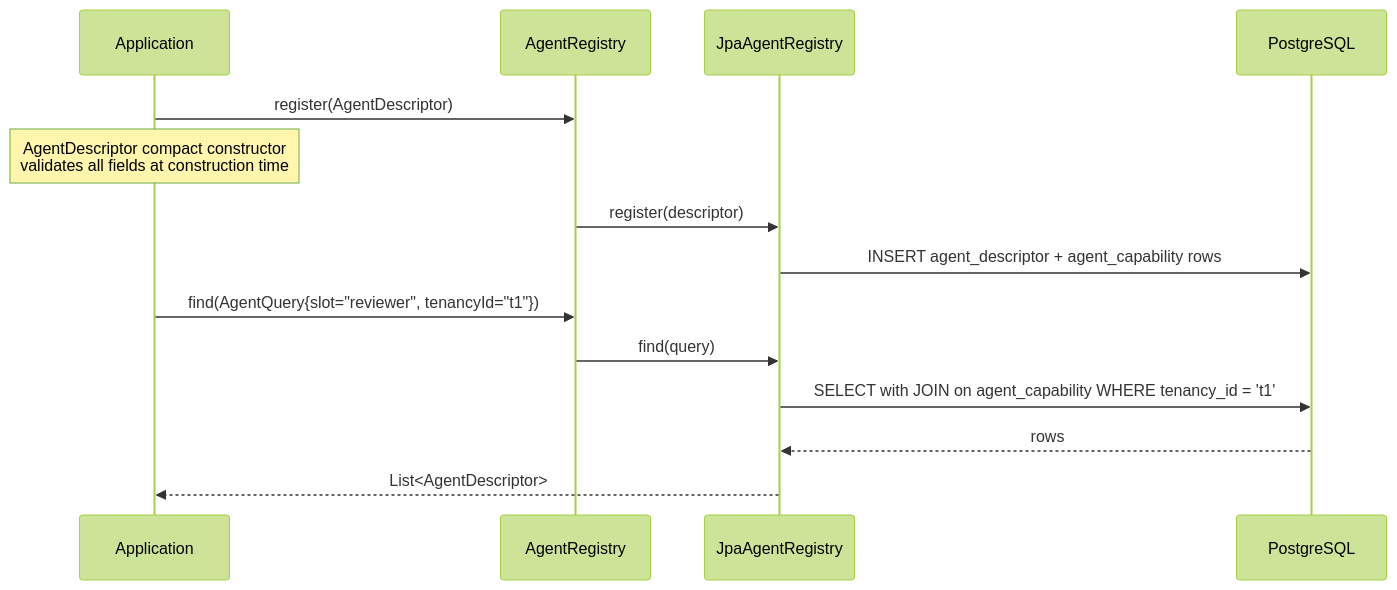
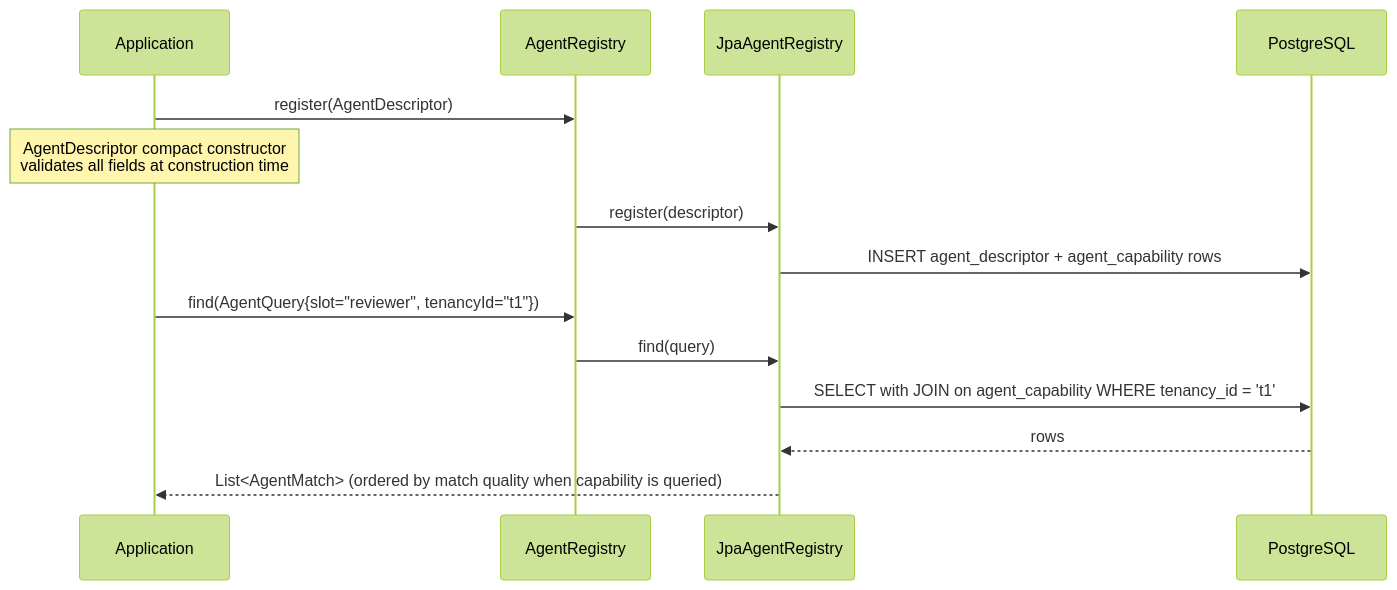
Before and after one commit to mdproctor/wsp-casehub-eidos: the third of 7 diagrams in ARC42STORIES.MD, drawn with Mermaid (forest theme). The commit also changed other lines of this file, not shown here.

````diff
--- a/ARC42STORIES.MD
+++ b/ARC42STORIES.MD
@@ -210,17 +210,17 @@
 ```mermaid
 sequenceDiagram
   participant App as Application
   participant Reg as AgentRegistry
   participant JPA as JpaAgentRegistry
   participant DB as PostgreSQL
 
   App->>Reg: register(AgentDescriptor)
   Note over App: AgentDescriptor compact constructor<br/>validates all fields at construction time
   Reg->>JPA: register(descriptor)
   JPA->>DB: INSERT agent_descriptor + agent_capability rows
   App->>Reg: find(AgentQuery{slot="reviewer", tenancyId="t1"})
   Reg->>JPA: find(query)
   JPA->>DB: SELECT with JOIN on agent_capability WHERE tenancy_id = 't1'
   DB-->>JPA: rows
-  JPA-->>App: List<AgentDescriptor>
+  JPA-->>App: List<AgentMatch> (ordered by match quality when capability is queried)
 ```
````
